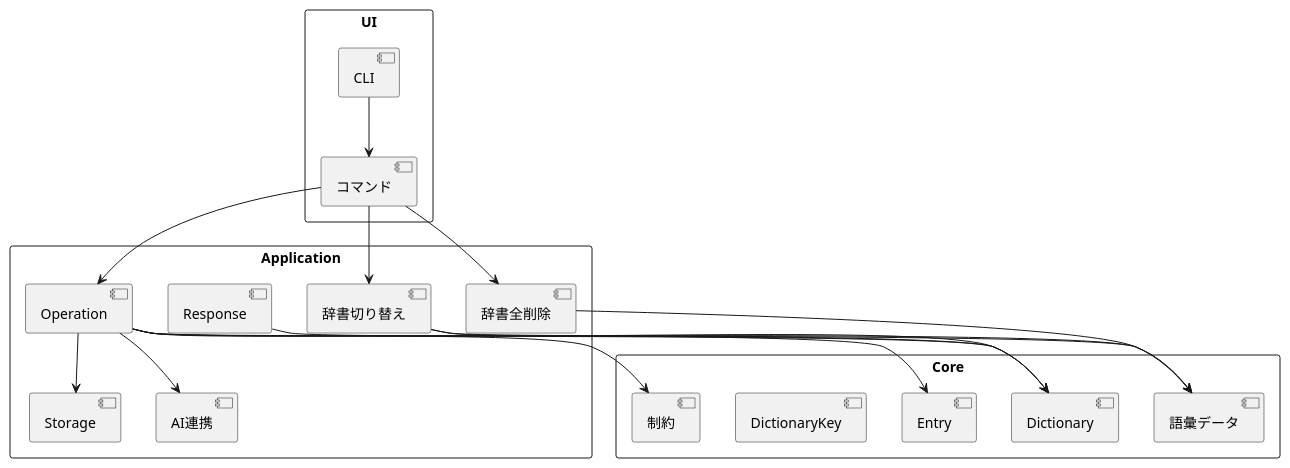
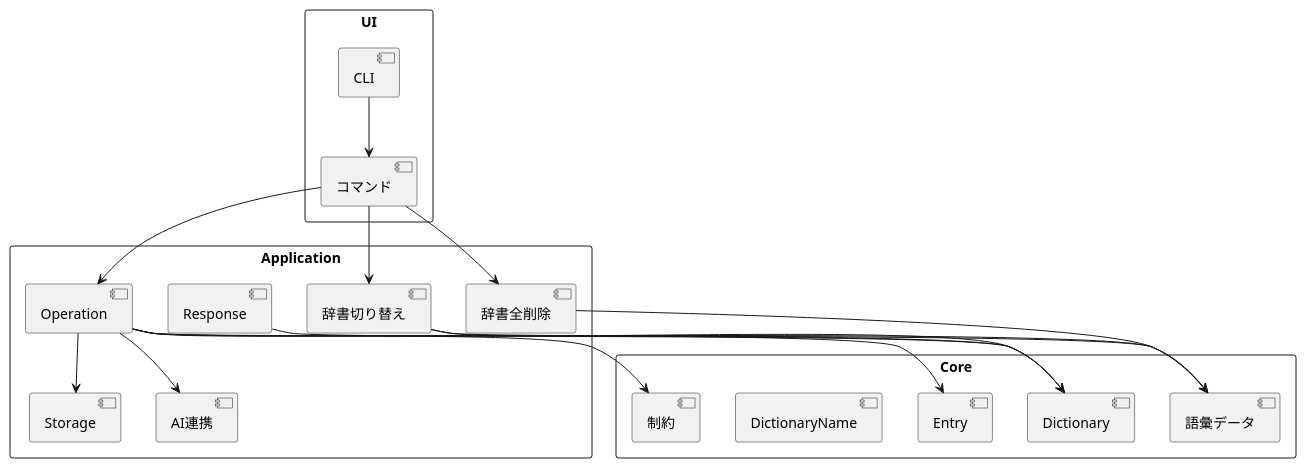
One commit to tooppoo/lexica changed the diagram in docs/design.puml. Above: the diagram before and after it, drawn with PlantUML. The commit also changed 17 other files, not shown here.

```diff
--- a/docs/design.puml
+++ b/docs/design.puml
@@ -1,41 +1,41 @@
 @startuml
 skinparam packageStyle rectangle
 
 package "UI" {
   [CLI]
   [コマンド]
 }
 
 package "Application" {
   [Operation]
   [辞書切り替え]
   [辞書全削除]
   [Response]
   [Storage]
   [AI連携]
 }
 
 package "Core" {
   [語彙データ]
   [Entry]
   [Dictionary]
-  [DictionaryKey]
+  [DictionaryName]
   [制約]
 }
 
 [CLI] --> [コマンド]
 [コマンド] --> [Operation]
 [コマンド] --> [辞書切り替え]
 [コマンド] --> [辞書全削除]
 [Operation] --> [Entry]
 [Operation] --> [Dictionary]
 [Operation] --> [語彙データ]
 [Operation] --> [制約]
 [Operation] --> [Storage]
 [Operation] --> [AI連携]
 [辞書切り替え] --> [Dictionary]
 [辞書切り替え] --> [語彙データ]
 [辞書全削除] --> [語彙データ]
 [Response] --> [Dictionary]
 
 @enduml
```
